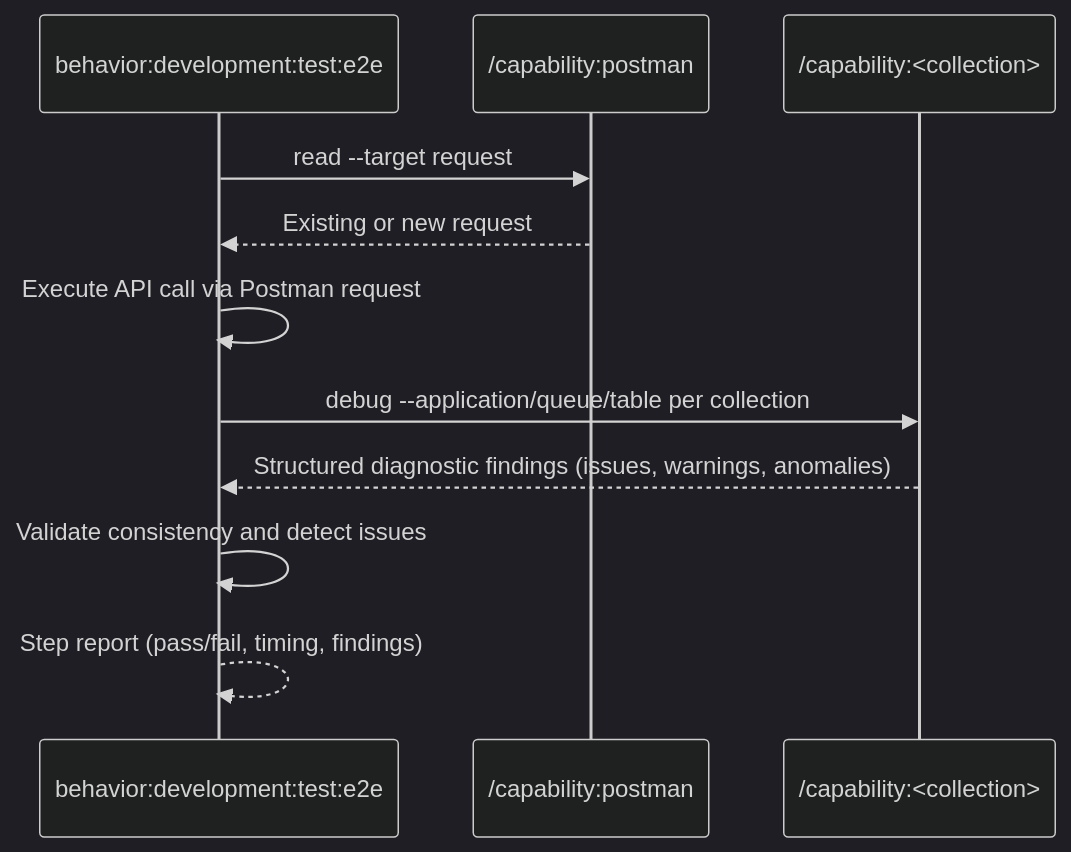
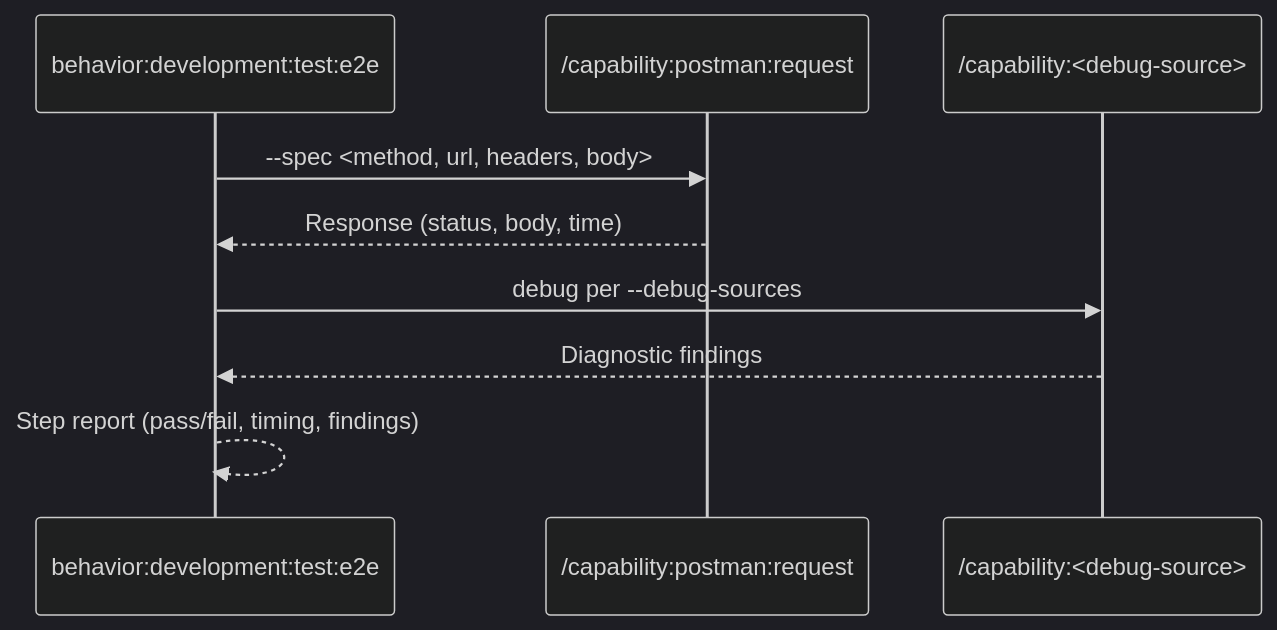
Before and after one commit to zzaia/zzaia-agentic-workspace: the diagram in .claude/commands/behavior/development/test/e2e/SKILL.md, drawn with Mermaid (dark theme). The commit also changed other lines of this file and 3 other files, not shown here.

Commit message:
Improving the homologate work flow;

````diff
--- a/.claude/commands/behavior/development/test/e2e/SKILL.md
+++ b/.claude/commands/behavior/development/test/e2e/SKILL.md
@@ -67,14 +55,12 @@
 ```mermaid
 sequenceDiagram
     participant C as behavior:development:test:e2e
-    participant PM as /capability:postman
-    participant SRC as /capability:<collection>
+    participant PQ as /capability:postman:request
+    participant SRC as /capability:<debug-source>
 
-    C->>PM: read --target request
-    PM-->>C: Existing or new request
-    C->>C: Execute API call via Postman request
-    C->>SRC: debug --application/queue/table per collection
-    SRC-->>C: Structured diagnostic findings (issues, warnings, anomalies)
-    C->>C: Validate consistency and detect issues
+    C->>PQ: --spec <method, url, headers, body>
+    PQ-->>C: Response (status, body, time)
+    C->>SRC: debug per --debug-sources
+    SRC-->>C: Diagnostic findings
     C-->>C: Step report (pass/fail, timing, findings)
 ```
````
